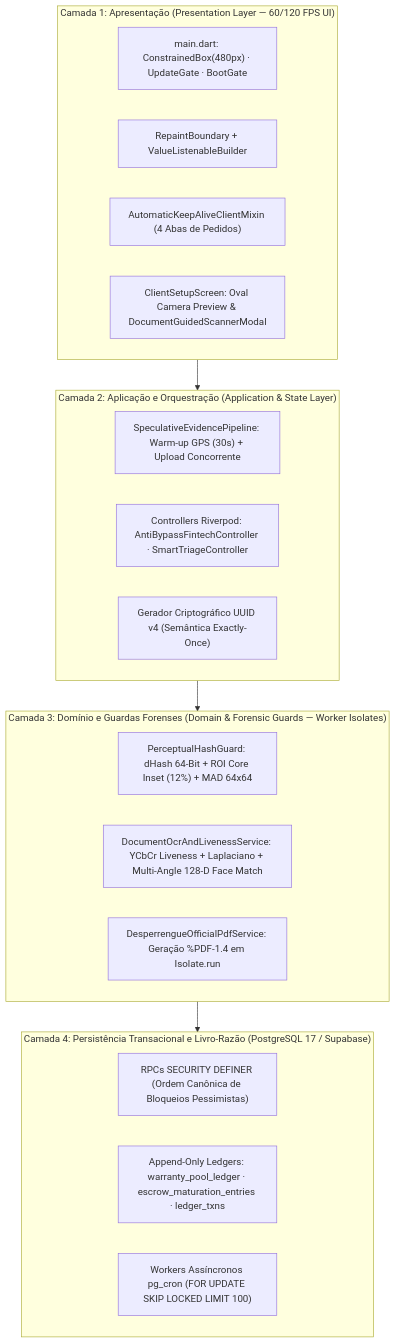
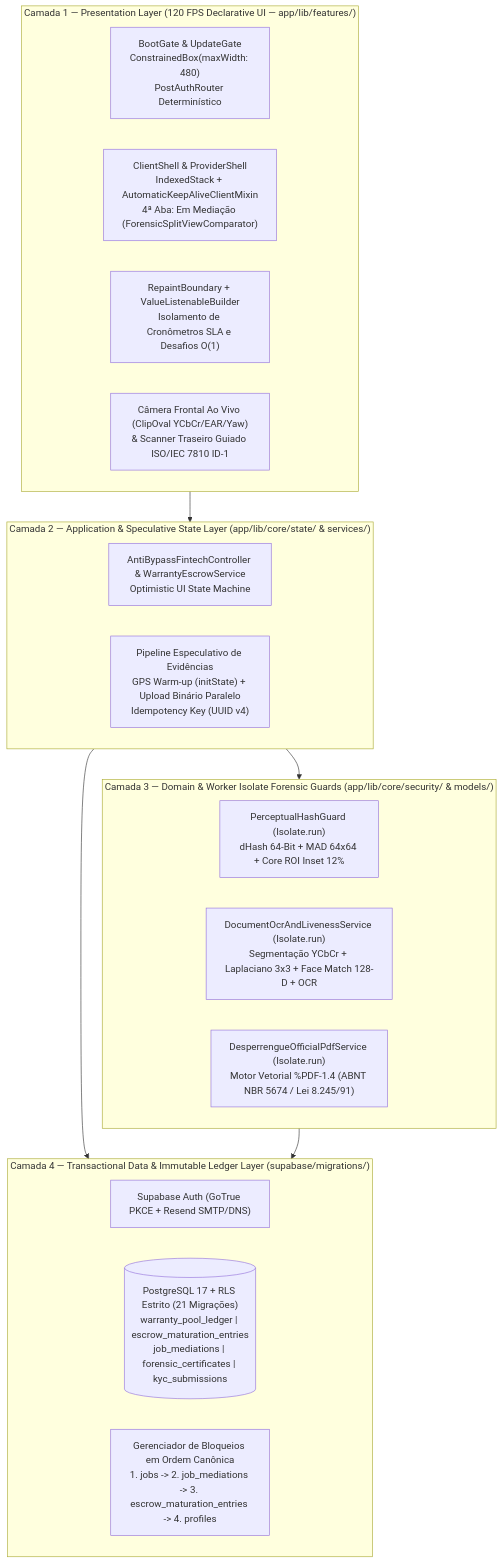
Before and after one commit to WagnerxOliveira/DesperrengueApp_TAI3: the first of 4 diagrams in README.md, drawn with Mermaid. The commit also changed other lines of this file and 28 other files, not shown here.

Commit message:
docs(scientific-overhaul): tratado normativo IEEE/ACM/ABNT, diagramas vetoriais Mermaid.js, graficos matematicos e blueprints Unicode em todos os 29 arquivos Markdown

````diff
--- a/README.md
+++ b/README.md
@@ -50,29 +68,31 @@
 ```mermaid
 flowchart TB
-    subgraph L1["Camada 1: Apresentação (Presentation Layer — 60/120 FPS UI)"]
-        UI_MAIN["main.dart: ConstrainedBox(480px) · UpdateGate · BootGate"]
-        UI_REP["RepaintBoundary + ValueListenableBuilder<Duration>"]
-        UI_KEEP["AutomaticKeepAliveClientMixin (4 Abas de Pedidos)"]
-        UI_CAM["ClientSetupScreen: Oval Camera Preview & DocumentGuidedScannerModal"]
+    subgraph L1["Camada 1 — Presentation Layer (120 FPS Declarative UI — app/lib/features/)"]
+        Boot["BootGate & UpdateGate\nConstrainedBox(maxWidth: 480)\nPostAuthRouter Determinístico"]
+        Shells["ClientShell & ProviderShell\nIndexedStack + AutomaticKeepAliveClientMixin\n4ª Aba: Em Mediação (ForensicSplitViewComparator)"]
+        Repaint["RepaintBoundary + ValueListenableBuilder\nIsolamento de Cronômetros SLA e Desafios O(1)"]
+        Scanners["Câmera Frontal Ao Vivo (ClipOval YCbCr/EAR/Yaw)\n& Scanner Traseiro Guiado ISO/IEC 7810 ID-1"]
     end
 
-    subgraph L2["Camada 2: Aplicação e Orquestração (Application & State Layer)"]
-        SPEC_PIPE["SpeculativeEvidencePipeline: Warm-up GPS (30s) + Upload Concorrente"]
-        RIVERPOD["Controllers Riverpod: AntiBypassFintechController · SmartTriageController"]
-        IDEMP["Gerador Criptográfico UUID v4 (Semântica Exactly-Once)"]
+    subgraph L2["Camada 2 — Application & Speculative State Layer (app/lib/core/state/ & services/)"]
+        FintechCtrl["AntiBypassFintechController & WarrantyEscrowService\nOptimistic UI State Machine"]
+        SpecPipe["Pipeline Especulativo de Evidências\nGPS Warm-up (initState) + Upload Binário Paralelo\nIdempotency Key (UUID v4)"]
     end
 
-    subgraph L3["Camada 3: Domínio e Guardas Forenses (Domain & Forensic Guards — Worker Isolates)"]
-        PHASH["PerceptualHashGuard: dHash 64-Bit + ROI Core Inset (12%) + MAD 64x64"]
-        CV_ENGINE["DocumentOcrAndLivenessService: YCbCr Liveness + Laplaciano + Multi-Angle 128-D Face Match"]
-        PDF_ENG["DesperrengueOfficialPdfService: Geração %PDF-1.4 em Isolate.run"]
+    subgraph L3["Camada 3 — Domain & Worker Isolate Forensic Guards (app/lib/core/security/ & models/)"]
+        PHashGuard["PerceptualHashGuard (Isolate.run)\ndHash 64-Bit + MAD 64x64 + Core ROI Inset 12%"]
+        BioService["DocumentOcrAndLivenessService (Isolate.run)\nSegmentação YCbCr + Laplaciano 3x3 + Face Match 128-D + OCR"]
+        PdfEngine["DesperrengueOfficialPdfService (Isolate.run)\nMotor Vetorial %PDF-1.4 (ABNT NBR 5674 / Lei 8.245/91)"]
     end
 
-    subgraph L4["Camada 4: Persistência Transacional e Livro-Razão (PostgreSQL 17 / Supabase)"]
-        RPC_SEC["RPCs SECURITY DEFINER (Ordem Canônica de Bloqueios Pessimistas)"]
-        LEDGER["Append-Only Ledgers: warranty_pool_ledger · escrow_maturation_entries · ledger_txns"]
-        CRON_W["Workers Assíncronos pg_cron (FOR UPDATE SKIP LOCKED LIMIT 100)"]
+    subgraph L4["Camada 4 — Transactional Data & Immutable Ledger Layer (supabase/migrations/)"]
+        Auth["Supabase Auth (GoTrue PKCE + Resend SMTP/DNS)"]
+        PG[("PostgreSQL 17 + RLS Estrito (21 Migrações)\nwarranty_pool_ledger | escrow_maturation_entries\njob_mediations | forensic_certificates | kyc_submissions")]
+        Locks["Gerenciador de Bloqueios em Ordem Canônica\n1. jobs -> 2. job_mediations -> 3. escrow_maturation_entries -> 4. profiles"]
     end
 
-    L1 --> L2 --> L3 --> L4
+    L1 --> L2
+    L2 --> L3
+    L2 --> L4
+    L3 --> L4
 ```
````
